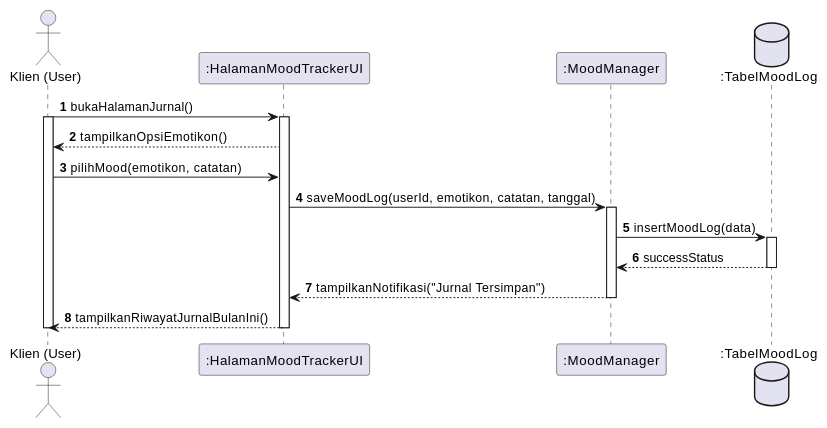
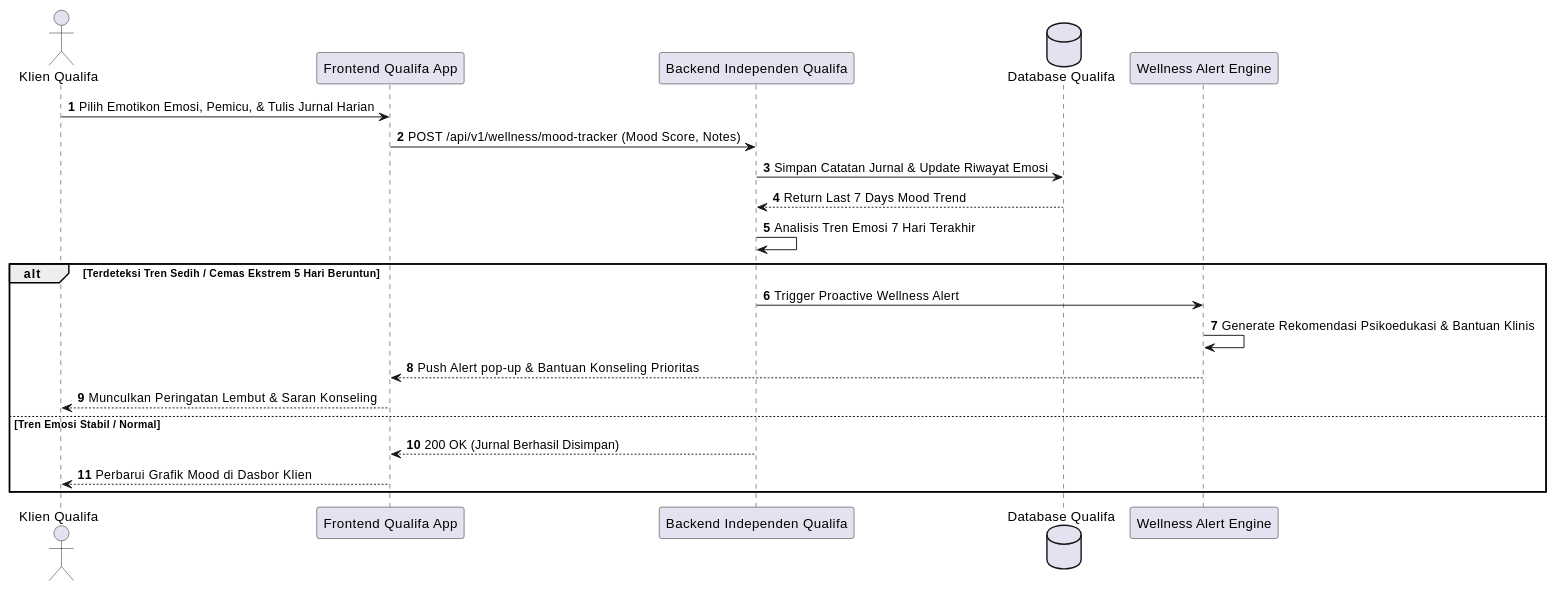
Diagram 15 of 20 in MarkDown/plantuml_sequence_diagrams.md (tupperwureism/SuperApp-Gagal), drawn with PlantUML before and after one commit. The commit also changed other lines of this file and 60 other files, not shown here.

````diff
--- a/MarkDown/plantuml_sequence_diagrams.md
+++ b/MarkDown/plantuml_sequence_diagrams.md
@@ -1738,31 +542,26 @@
 ```plantuml
 @startuml
 autonumber
+actor "Klien Qualifa" as Klien
+participant "Frontend Qualifa App" as FE
+participant "Backend Independen Qualifa" as BE
+database "Database Qualifa" as DB
+participant "Wellness Alert Engine" as Alert
 
-actor "Klien (User)" as Klien
-participant ":HalamanMoodTrackerUI" as UI
-participant ":MoodManager" as Manager
-database ":TabelMoodLog" as DB
+Klien -> FE : Pilih Emotikon Emosi, Pemicu, & Tulis Jurnal Harian
+FE -> BE : POST /api/v1/wellness/mood-tracker (Mood Score, Notes)
+BE -> DB : Simpan Catatan Jurnal & Update Riwayat Emosi
+DB --> BE : Return Last 7 Days Mood Trend
 
-Klien -> UI : bukaHalamanJurnal()
-activate Klien
-activate UI
-UI --> Klien : tampilkanOpsiEmotikon()
-
-Klien -> UI : pilihMood(emotikon, catatan)
-UI -> Manager : saveMoodLog(userId, emotikon, catatan, tanggal)
-activate Manager
-
-Manager -> DB : insertMoodLog(data)
-activate DB
-DB --> Manager : successStatus
-deactivate DB
-
-Manager --> UI : tampilkanNotifikasi("Jurnal Tersimpan")
-deactivate Manager
-
-UI --> Klien : tampilkanRiwayatJurnalBulanIni()
-deactivate UI
-deactivate Klien
+BE -> BE : Analisis Tren Emosi 7 Hari Terakhir
+alt Terdeteksi Tren Sedih / Cemas Ekstrem 5 Hari Beruntun
+    BE -> Alert : Trigger Proactive Wellness Alert
+    Alert -> Alert : Generate Rekomendasi Psikoedukasi & Bantuan Klinis
+    Alert --> FE : Push Alert pop-up & Bantuan Konseling Prioritas
+    FE --> Klien : Munculkan Peringatan Lembut & Saran Konseling
+else Tren Emosi Stabil / Normal
+    BE --> FE : 200 OK (Jurnal Berhasil Disimpan)
+    FE --> Klien : Perbarui Grafik Mood di Dasbor Klien
+end
 @enduml
 ```
````
